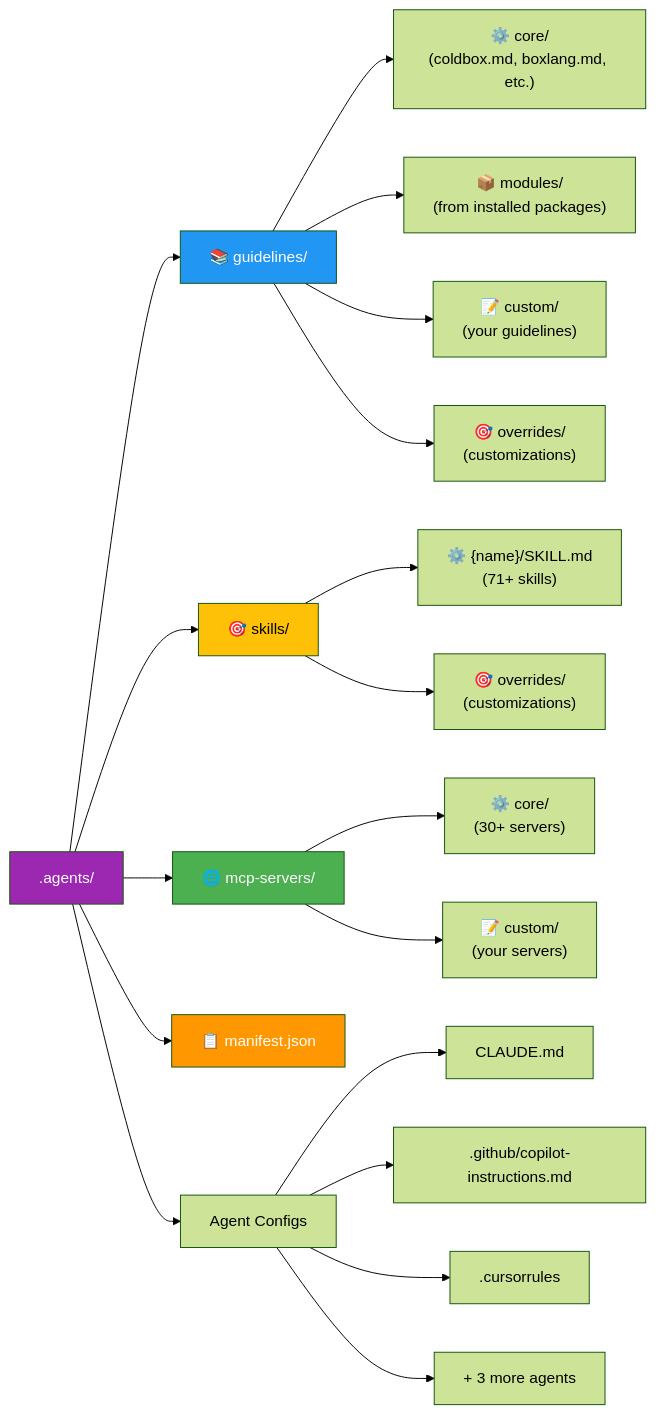
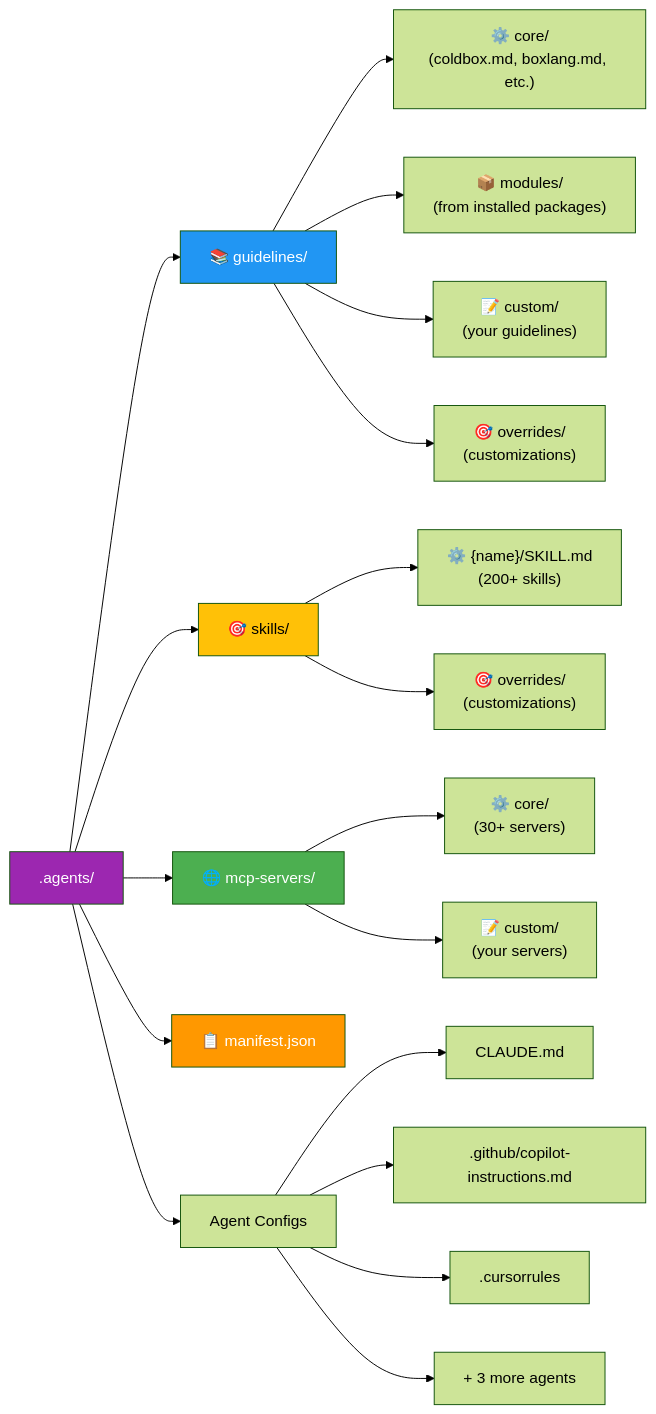
Before and after one commit to ortus-docs/coldbox-docs: the third of 8 diagrams in digging-deeper/ai/agentic-coldbox.md, drawn with Mermaid (forest theme). The commit also changed other lines of this file, not shown here.

````diff
--- a/digging-deeper/ai/agentic-coldbox.md
+++ b/digging-deeper/ai/agentic-coldbox.md
@@ -178,32 +176,32 @@
 ```mermaid
 graph LR
     Root[".agents/"]
 
     Root --> Guidelines["📚 guidelines/"]
     Root --> Skills["🎯 skills/"]
     Root --> MCP["🌐 mcp-servers/"]
     Root --> Manifest["📋 manifest.json"]
 
     Guidelines --> GCore["⚙️ core/\n(coldbox.md, boxlang.md, etc.)"]
     Guidelines --> GModules["📦 modules/\n(from installed packages)"]
     Guidelines --> GCustom["📝 custom/\n(your guidelines)"]
     Guidelines --> GOverride["🎯 overrides/\n(customizations)"]
 
-    Skills --> SSkills["⚙️ {name}/SKILL.md\n(71+ skills)"]
+    Skills --> SSkills["⚙️ {name}/SKILL.md\n(200+ skills)"]
     Skills --> SOverride["🎯 overrides/\n(customizations)"]
 
     MCP --> MCPCore["⚙️ core/\n(30+ servers)"]
     MCP --> MCPCustom["📝 custom/\n(your servers)"]
 
     Root --> Agents["Agent Configs"]
     Agents --> Claude["CLAUDE.md"]
     Agents --> Copilot[".github/copilot-instructions.md"]
     Agents --> Cursor[".cursorrules"]
     Agents --> Other["+ 3 more agents"]
 
     style Root fill:#9c27b0,color:#fff
     style Guidelines fill:#2196f3,color:#fff
     style Skills fill:#ffc107,color:#000
     style MCP fill:#4caf50,color:#fff
     style Manifest fill:#ff9800,color:#fff
 ```
````
